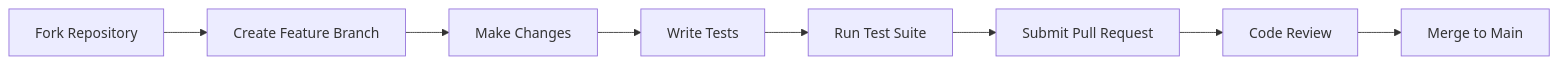
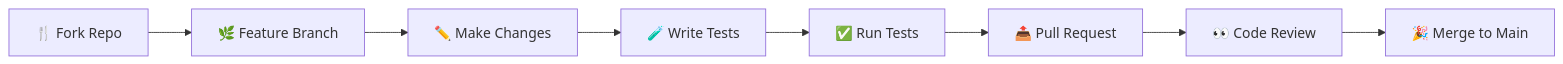
The second of 2 diagrams in README.md (Anurag-Shankar-Maurya/GDA-Public), drawn with Mermaid before and after one commit. The commit also changed other lines of this file, not shown here.

````diff
--- a/README.md
+++ b/README.md
@@ -579,10 +1217,10 @@
 ```mermaid
 flowchart LR
-    A[Fork Repository] --> B[Create Feature Branch]
-    B --> C[Make Changes]
-    C --> D[Write Tests]
-    D --> E[Run Test Suite]
-    E --> F[Submit Pull Request]
-    F --> G[Code Review]
-    G --> H[Merge to Main]
+    A[🍴 Fork Repo] --> B[🌿 Feature Branch]
+    B --> C[✏️ Make Changes]
+    C --> D[🧪 Write Tests]
+    D --> E[✅ Run Tests]
+    E --> F[📤 Pull Request]
+    F --> G[👀 Code Review]
+    G --> H[🎉 Merge to Main]
 ```
````
